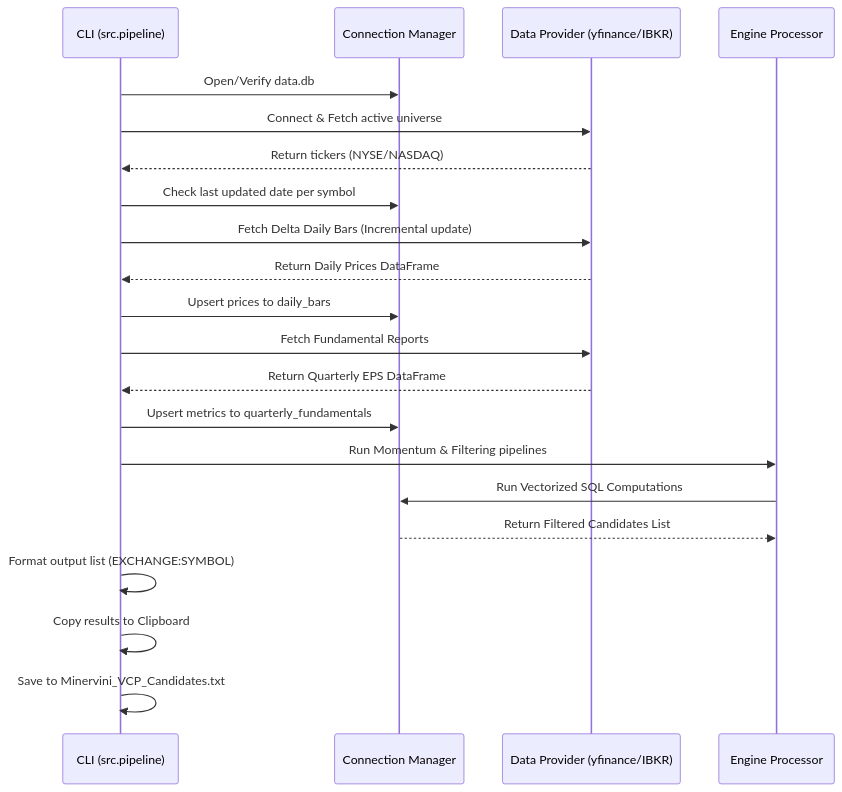
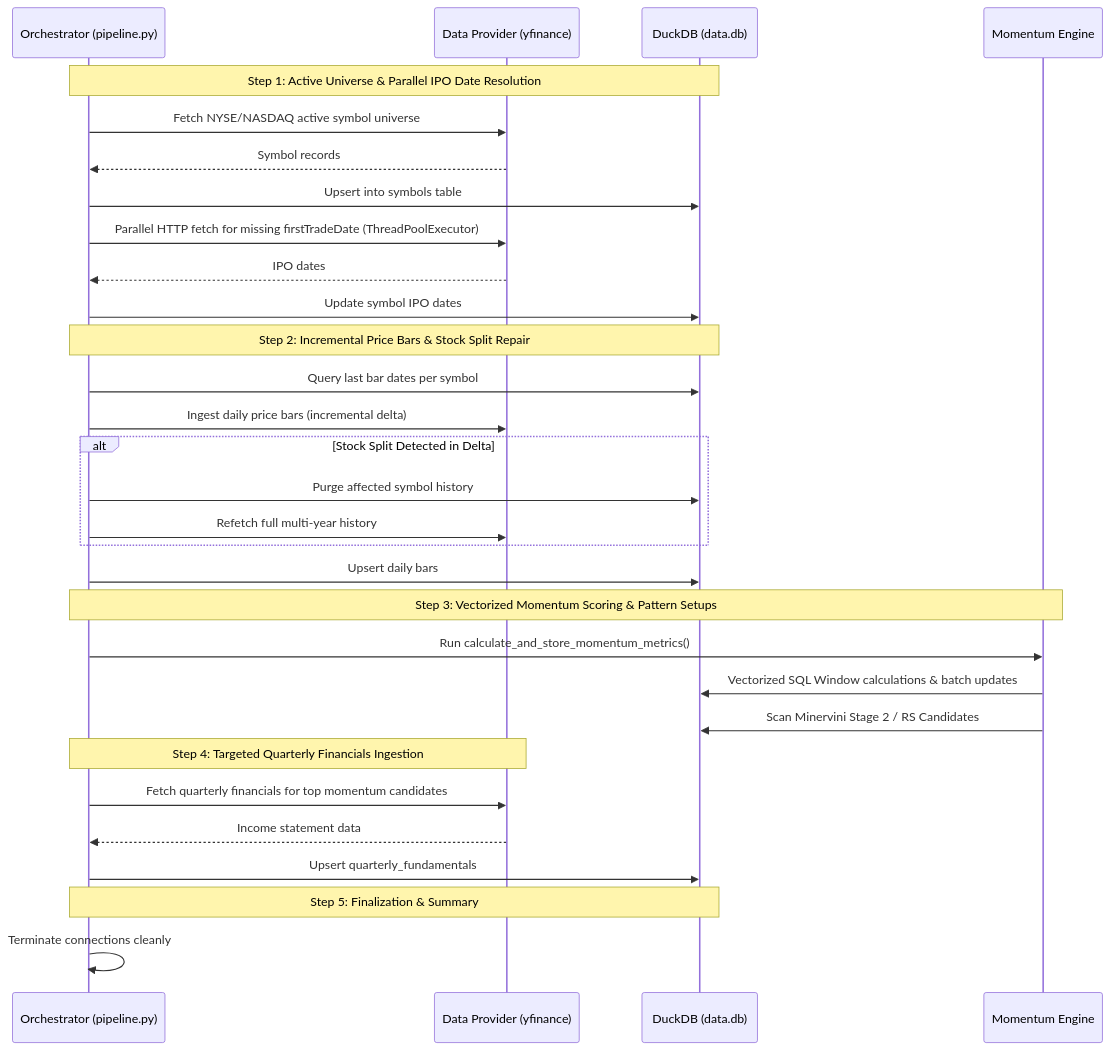
One commit to linli2016/pivottrader changed the diagram in docs/design.md. Above: the diagram before and after it, drawn with Mermaid. The commit also changed other lines of this file and 36 other files, not shown here.

````diff
--- a/docs/design.md
+++ b/docs/design.md
@@ -217,29 +381,37 @@
 ```mermaid
 sequenceDiagram
-    participant CLI as CLI (src.pipeline)
-    participant DB as Connection Manager
-    participant Prov as Data Provider (yfinance/IBKR)
-    participant Eng as Engine Processor
+    participant CLI as Orchestrator (pipeline.py)
+    participant YF as Data Provider (yfinance)
+    participant DB as DuckDB (data.db)
+    participant Eng as Momentum Engine
     
-    CLI->>DB: Open/Verify data.db
-    CLI->>Prov: Connect & Fetch active universe
-    Prov-->>CLI: Return tickers (NYSE/NASDAQ)
+    Note over CLI,DB: Step 1: Active Universe & Parallel IPO Date Resolution
+    CLI->>YF: Fetch NYSE/NASDAQ active symbol universe
+    YF-->>CLI: Symbol records
+    CLI->>DB: Upsert into symbols table
+    CLI->>YF: Parallel HTTP fetch for missing firstTradeDate (ThreadPoolExecutor)
+    YF-->>CLI: IPO dates
+    CLI->>DB: Update symbol IPO dates
     
-    CLI->>DB: Check last updated date per symbol
+    Note over CLI,DB: Step 2: Incremental Price Bars & Stock Split Repair
+    CLI->>DB: Query last bar dates per symbol
+    CLI->>YF: Ingest daily price bars (incremental delta)
+    alt Stock Split Detected in Delta
+        CLI->>DB: Purge affected symbol history
+        CLI->>YF: Refetch full multi-year history
+    end
+    CLI->>DB: Upsert daily bars
     
-    CLI->>Prov: Fetch Delta Daily Bars (Incremental update)
-    Prov-->>CLI: Return Daily Prices DataFrame
-    CLI->>DB: Upsert prices to daily_bars
+    Note over CLI,Eng: Step 3: Vectorized Momentum Scoring & Pattern Setups
+    CLI->>Eng: Run calculate_and_store_momentum_metrics()
+    Eng->>DB: Vectorized SQL Window calculations & batch updates
+    Eng->>DB: Scan Minervini Stage 2 / RS Candidates
     
-    CLI->>Prov: Fetch Fundamental Reports
-    Prov-->>CLI: Return Quarterly EPS DataFrame
-    CLI->>DB: Upsert metrics to quarterly_fundamentals
+    Note over CLI,YF: Step 4: Targeted Quarterly Financials Ingestion
+    CLI->>YF: Fetch quarterly financials for top momentum candidates
+    YF-->>CLI: Income statement data
+    CLI->>DB: Upsert quarterly_fundamentals
     
-    CLI->>Eng: Run Momentum & Filtering pipelines
-    Eng->>DB: Run Vectorized SQL Computations
-    DB-->>Eng: Return Filtered Candidates List
-    
-    CLI->>CLI: Format output list (EXCHANGE:SYMBOL)
-    CLI->>CLI: Copy results to Clipboard
-    CLI->>CLI: Save to Minervini_VCP_Candidates.txt
+    Note over CLI,DB: Step 5: Finalization & Summary
+    CLI->>CLI: Terminate connections cleanly
 ```
````
